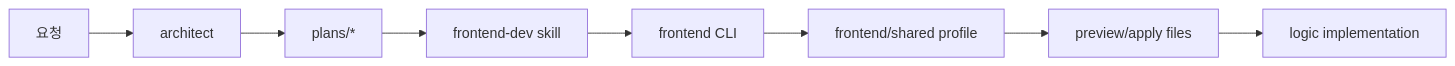
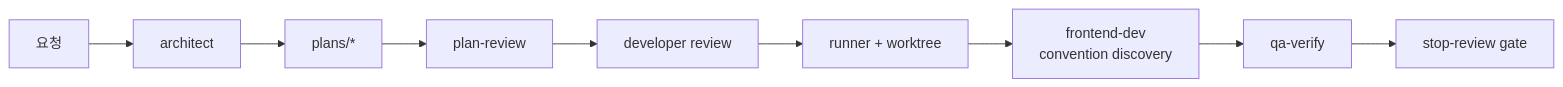
Diagram 14 of 14 in docs/claude-code-workflow-evolution.md (SeoJaeWan/try-claude-code), drawn with Mermaid before and after one commit. The commit also changed other lines of this file and 1 other file, not shown here.

````diff
--- a/docs/claude-code-workflow-evolution.md
+++ b/docs/claude-code-workflow-evolution.md
@@ -773,13 +801,14 @@
 ```mermaid
 flowchart LR
     U["요청"]
     ARCH["architect"]
     PLAN["plans/*"]
-    FE["frontend-dev skill"]
-    TCF["frontend CLI"]
-    PROFILE["frontend/shared profile"]
-    FILES["preview/apply files"]
-    IMPL["logic implementation"]
+    COLD["plan-review"]
+    DEVREV["developer review"]
+    RUN["runner + worktree"]
+    FE["frontend-dev<br/>convention discovery"]
+    QA["qa-verify"]
+    STOP["stop-review gate"]
 
-    U --> ARCH --> PLAN --> FE --> TCF --> PROFILE --> FILES --> IMPL
+    U --> ARCH --> PLAN --> COLD --> DEVREV --> RUN --> FE --> QA --> STOP
 ```
````
